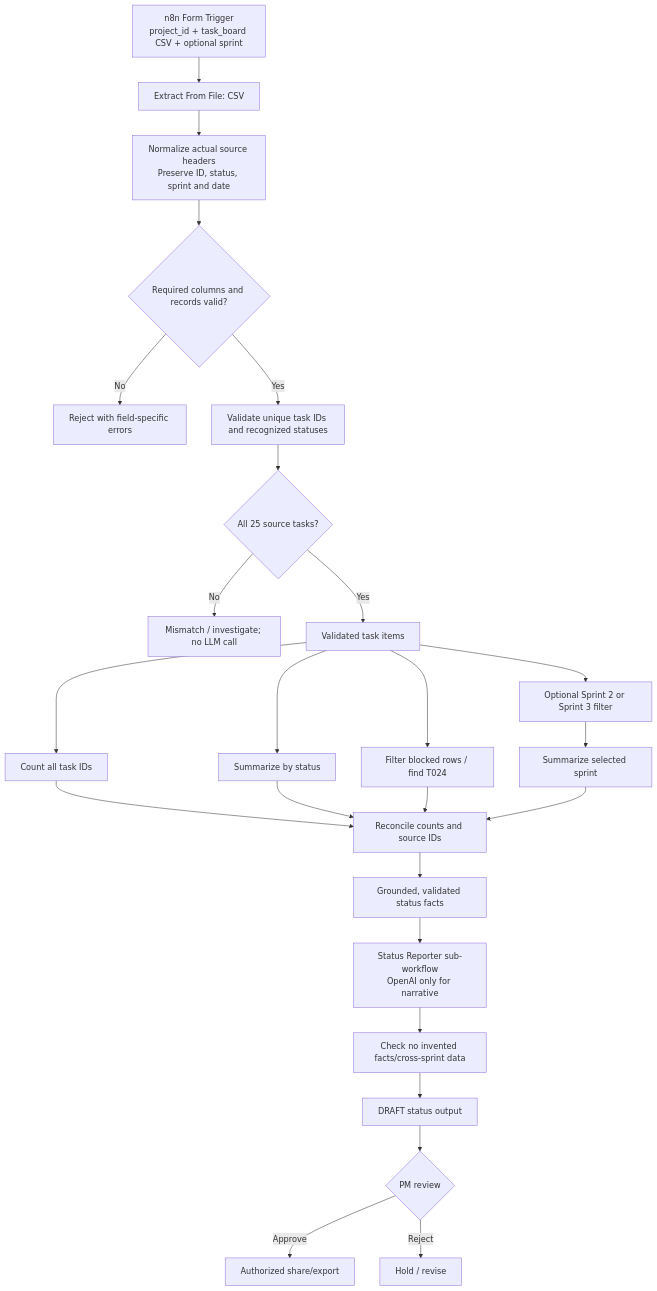
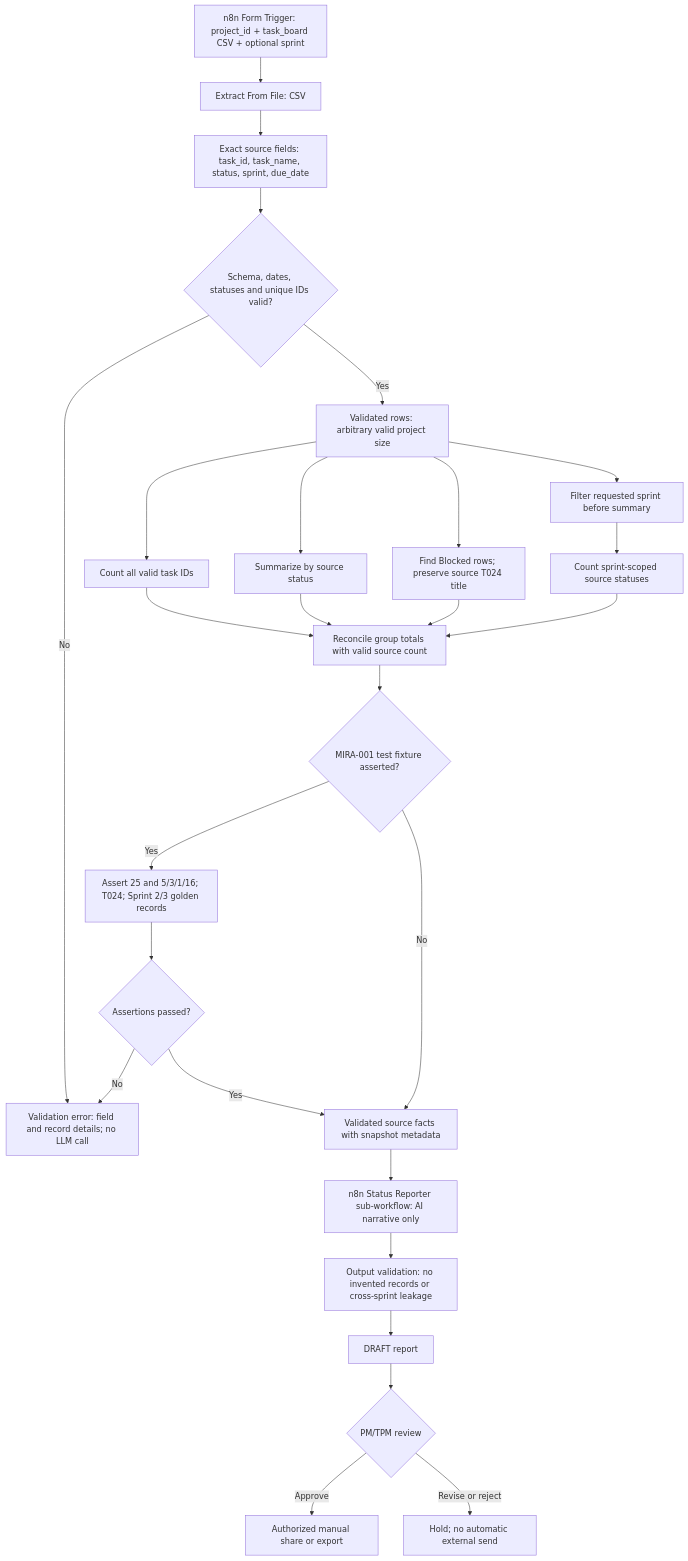
Before and after one commit to srinivasallenki99-hue/mira-ai-project-intelligence: the fourth of 7 diagrams in docs/Mira_Architecture.md, drawn with Mermaid. The commit also changed other lines of this file, not shown here.

````diff
--- a/docs/Mira_Architecture.md
+++ b/docs/Mira_Architecture.md
@@ -154,27 +172,29 @@
 ```mermaid
 flowchart TD
-  BEGIN["n8n Form Trigger<br/>project_id + task_board CSV + optional sprint"] --> BIN["Extract From File: CSV"]
-  BIN --> MAP["Normalize actual source headers<br/>Preserve ID, status, sprint and date"]
-  MAP --> CHECK{"Required columns and records valid?"}
-  CHECK -->|No| REJECT["Reject with field-specific errors"]
-  CHECK -->|Yes| UNIQUE["Validate unique task IDs and recognized statuses"]
-  UNIQUE --> OK{"All 25 source tasks?"}
-  OK -->|No| ERR["Mismatch / investigate; no LLM call"]
-  OK -->|Yes| RAW["Validated task items"]
-  RAW --> CT["Count all task IDs"]
-  RAW --> AGG["Summarize by status"]
-  RAW --> BLK["Filter blocked rows / find T024"]
-  RAW --> SPRINT["Optional Sprint 2 or Sprint 3 filter"]
-  SPRINT --> SPRINTCOUNT["Summarize selected sprint"]
-  CT --> RECON["Reconcile counts and source IDs"]
+  BEGIN["n8n Form Trigger: project_id + task_board CSV + optional sprint"] --> BIN["Extract From File: CSV"]
+  BIN --> MAP["Exact source fields: task_id, task_name, status, sprint, due_date"]
+  MAP --> CHECK{"Schema, dates, statuses and unique IDs valid?"}
+  CHECK -->|No| REJECT["Validation error: field and record details; no LLM call"]
+  CHECK -->|Yes| RAW["Validated rows: arbitrary valid project size"]
+  RAW --> CT["Count all valid task IDs"]
+  RAW --> AGG["Summarize by source status"]
+  RAW --> BLK["Find Blocked rows; preserve source T024 title"]
+  RAW --> SPRINT["Filter requested sprint before summary"]
+  SPRINT --> SPRINTCOUNT["Count sprint-scoped source statuses"]
+  CT --> RECON["Reconcile group totals with valid source count"]
   AGG --> RECON
   BLK --> RECON
   SPRINTCOUNT --> RECON
-  RECON --> FACTS["Grounded, validated status facts"]
-  FACTS --> REPORT["Status Reporter sub-workflow<br/>OpenAI only for narrative"]
-  REPORT --> VALID["Check no invented facts/cross-sprint data"]
-  VALID --> DRAFT["DRAFT status output"]
-  DRAFT --> HUMAN{"PM review"}
-  HUMAN -->|Approve| SHARE["Authorized share/export"]
-  HUMAN -->|Reject| HOLD["Hold / revise"]
+  RECON --> FIXTURE{"MIRA-001 test fixture asserted?"}
+  FIXTURE -->|Yes| TEST["Assert 25 and 5/3/1/16; T024; Sprint 2/3 golden records"]
+  TEST --> PASS{"Assertions passed?"}
+  PASS -->|No| REJECT
+  PASS -->|Yes| FACTS["Validated source facts with snapshot metadata"]
+  FIXTURE -->|No| FACTS
+  FACTS --> STATUS["n8n Status Reporter sub-workflow: AI narrative only"]
+  STATUS --> VERIFY["Output validation: no invented records or cross-sprint leakage"]
+  VERIFY --> DRAFT["DRAFT report"]
+  DRAFT --> HUMAN{"PM/TPM review"}
+  HUMAN -->|Approve| SHARE["Authorized manual share or export"]
+  HUMAN -->|Revise or reject| HOLD["Hold; no automatic external send"]
 ```
````
